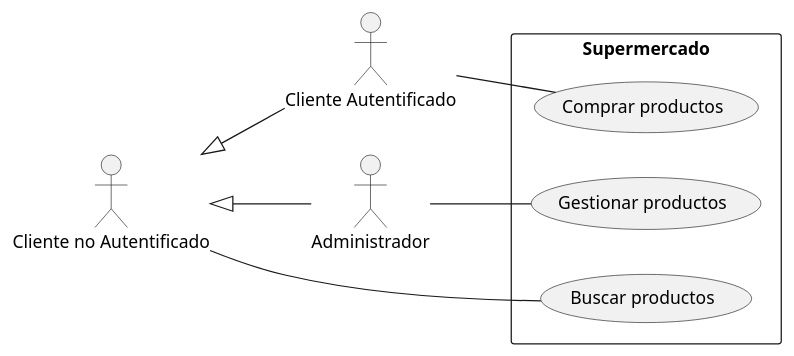
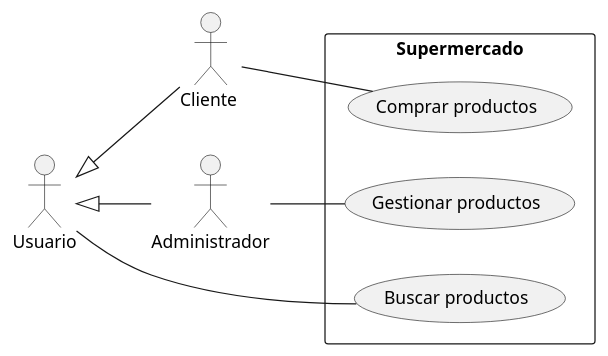
Before and after one commit to mramiroz/Proyecto-Julian: the diagram in docs/analisis/Caso.md, drawn with PlantUML. The commit also changed 1 other file, not shown here.

Commit message:
Cambio en Caso

```diff
--- a/docs/analisis/Caso.md
+++ b/docs/analisis/Caso.md
@@ -1,19 +1,19 @@
 @startuml
 left to right direction
-:Cliente no Autentificado: as CLNA
-:Cliente Autentificado: as CLA
+:Usuario: as CLNA
+:Cliente : as CLA
 :Administrador: as AD
 
 rectangle Supermercado {
     usecase "Buscar productos" as UC1
     usecase "Comprar productos" as UC2
     usecase "Gestionar productos" as UC3
 }
 
 CLNA <|-- CLA
 CLNA <|-- AD
 CLNA -- UC1
 CLA -- UC2
 AD -- UC3
 
 @enduml
```
